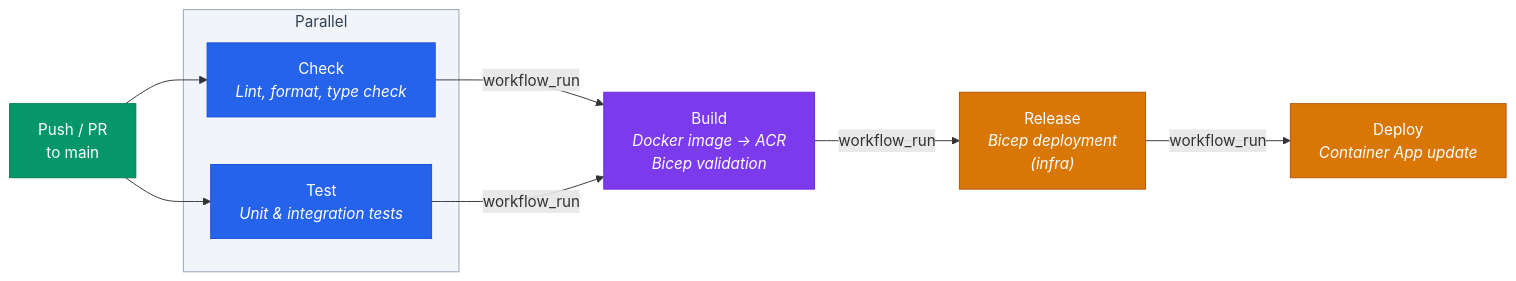
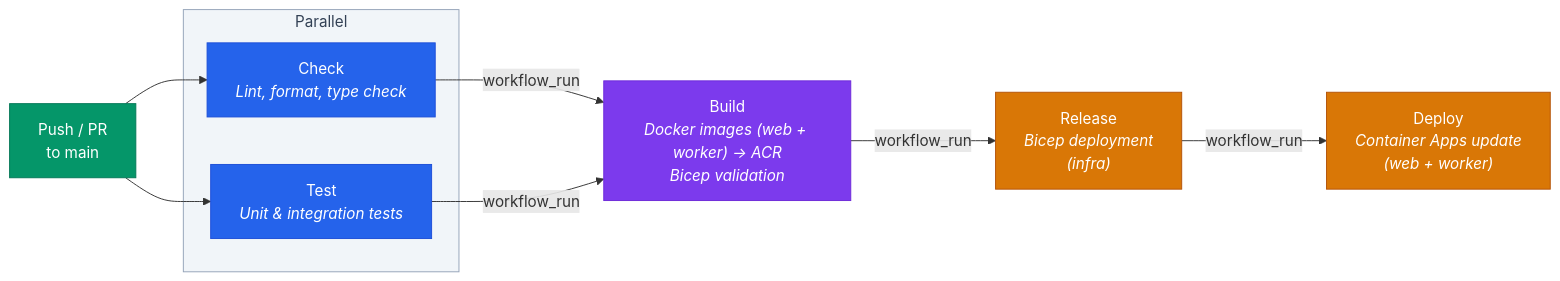
One commit to ljtill/agent-stack changed the fifth of 5 diagrams in docs/ARCHITECTURE.md. Above: the diagram before and after it, drawn with Mermaid. The commit also changed other lines of this file and 253 other files, not shown here.

First line of the commit message:
Decompose monolith into web, worker, and common packages

````diff
--- a/docs/ARCHITECTURE.md
+++ b/docs/ARCHITECTURE.md
@@ -216,25 +243,25 @@
 ```mermaid
 graph LR
     Push["Push / PR<br/>to main"] --> Check & Test
 
     subgraph Parallel["Parallel"]
         Check["Check<br/><i>Lint, format, type check</i>"]
         Test["Test<br/><i>Unit & integration tests</i>"]
     end
 
-    Check & Test -->|workflow_run| Build["Build<br/><i>Docker image → ACR<br/>Bicep validation</i>"]
+    Check & Test -->|workflow_run| Build["Build<br/><i>Docker images (web + worker) → ACR<br/>Bicep validation</i>"]
     Build -->|workflow_run| Release["Release<br/><i>Bicep deployment<br/>(infra)</i>"]
-    Release -->|workflow_run| Deploy["Deploy<br/><i>Container App update</i>"]
+    Release -->|workflow_run| Deploy["Deploy<br/><i>Container Apps update<br/>(web + worker)</i>"]
 
     classDef outer fill:#2563eb,stroke:#1d4ed8,color:#fff
     classDef inner fill:#7c3aed,stroke:#6d28d9,color:#fff
     classDef infra fill:#d97706,stroke:#b45309,color:#fff
     classDef human fill:#059669,stroke:#047857,color:#fff
 
     class Push human
     class Check,Test outer
     class Build inner
     class Release,Deploy infra
 
     style Parallel fill:#f1f5f9,stroke:#94a3b8,color:#334155
 ```
````
